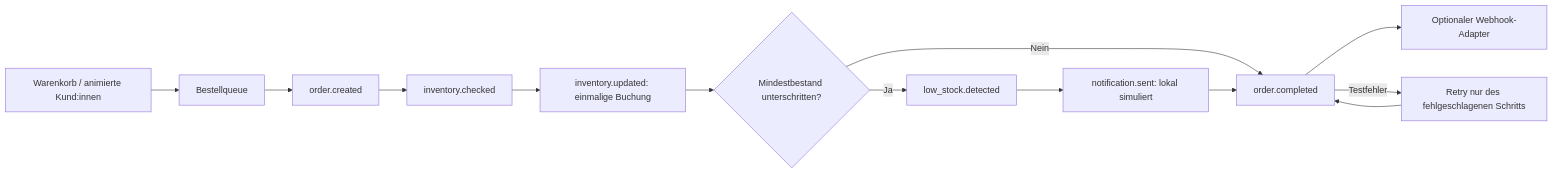
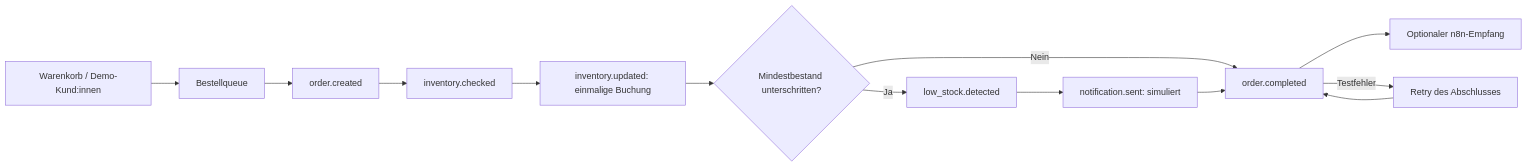
One commit to Nico89x/ai-grocery-store-automation changed the diagram in README.md. Above: the diagram before and after it, drawn with Mermaid. The commit also changed other lines of this file and 81 other files, not shown here.

````diff
--- a/README.md
+++ b/README.md
@@ -73,15 +65,15 @@
 ```mermaid
 flowchart LR
-  C[Warenkorb / animierte Kund:innen] --> Q[Bestellqueue]
+  C[Warenkorb / Demo-Kund:innen] --> Q[Bestellqueue]
   Q --> O[order.created]
   O --> V[inventory.checked]
   V --> I[inventory.updated: einmalige Buchung]
   I --> L{Mindestbestand unterschritten?}
   L -->|Ja| W[low_stock.detected]
-  W --> N[notification.sent: lokal simuliert]
+  W --> N[notification.sent: simuliert]
   L -->|Nein| F[order.completed]
   N --> F
-  F --> H[Optionaler Webhook-Adapter]
-  F -->|Testfehler| R[Retry nur des fehlgeschlagenen Schritts]
+  F --> H[Optionaler n8n-Empfang]
+  F -->|Testfehler| R[Retry des Abschlusses]
   R --> F
 ```
````
